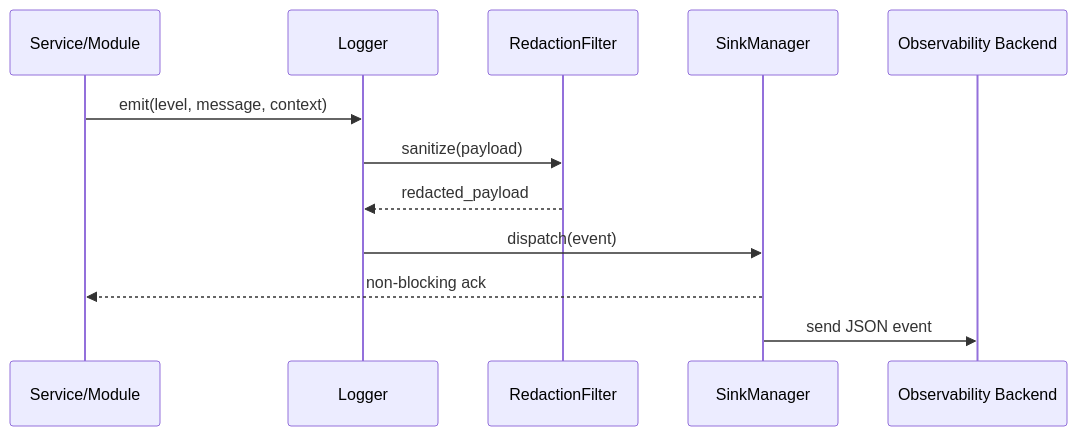
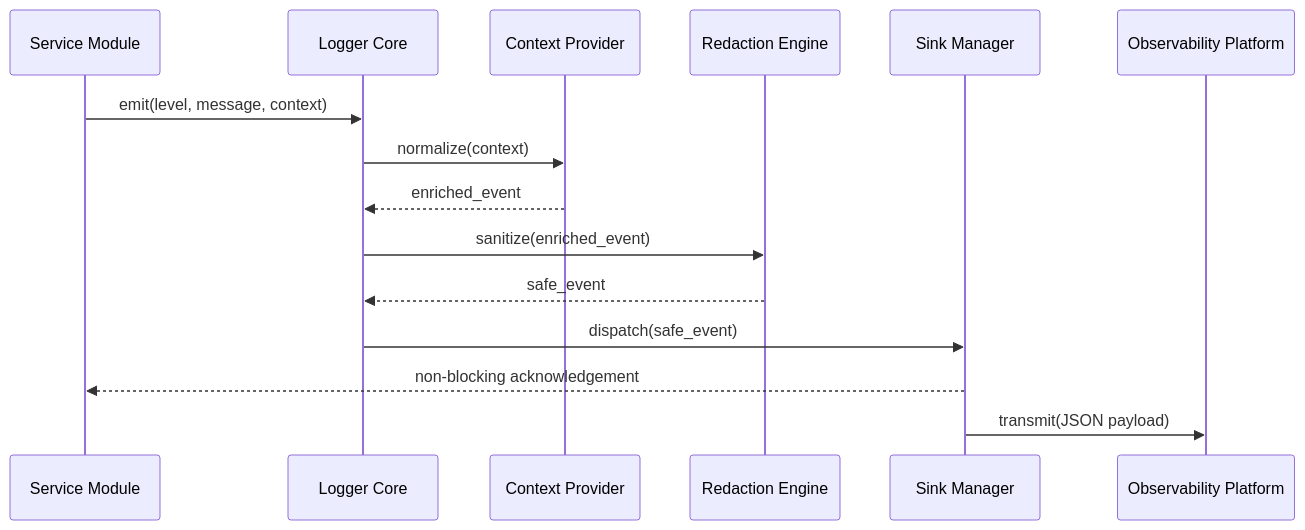
One commit to Assembly-telegram-bots/wiki-analysis-gemeniAI changed the second of 2 diagrams in README.md. Above: the diagram before and after it, drawn with Mermaid. The commit also changed other lines of this file, not shown here.

````diff
--- a/README.md
+++ b/README.md
@@ -80,15 +102,18 @@
 ```mermaid
 sequenceDiagram
-    participant App as Service/Module
-    participant Log as Logger
-    participant Filter as RedactionFilter
-    participant Sink as SinkManager
-    participant Obs as Observability Backend
+    participant App as Service Module
+    participant Log as Logger Core
+    participant Ctx as Context Provider
+    participant Red as Redaction Engine
+    participant Sink as Sink Manager
+    participant Obs as Observability Platform
 
     App->>Log: emit(level, message, context)
-    Log->>Filter: sanitize(payload)
-    Filter-->>Log: redacted_payload
-    Log->>Sink: dispatch(event)
-    Sink-->>App: non-blocking ack
-    Sink->>Obs: send JSON event
+    Log->>Ctx: normalize(context)
+    Ctx-->>Log: enriched_event
+    Log->>Red: sanitize(enriched_event)
+    Red-->>Log: safe_event
+    Log->>Sink: dispatch(safe_event)
+    Sink-->>App: non-blocking acknowledgement
+    Sink->>Obs: transmit(JSON payload)
 ```
````
